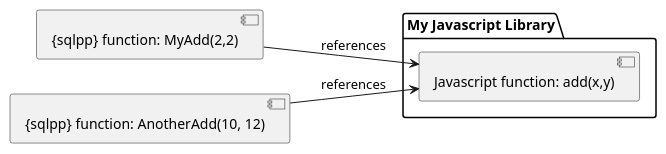
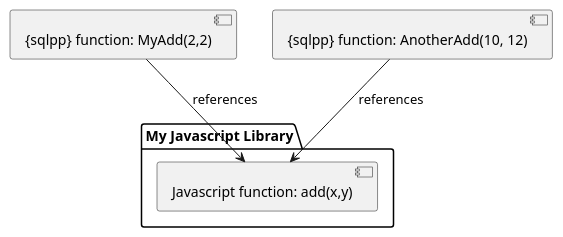
The first of 3 diagrams in modules/guides/partials/javascript-udfs/diagrams-plantuml.adoc (couchbase/docs-server), drawn with PlantUML before and after one commit. The commit also changed other lines of this file and 1 other file, not shown here.

Commit message:
Changing diagrams to a vertical layout.

```diff
--- a/modules/guides/partials/javascript-udfs/diagrams-plantuml.adoc
+++ b/modules/guides/partials/javascript-udfs/diagrams-plantuml.adoc
@@ -2,15 +2,13 @@
 [plantuml, subs="attributes"]
 ----
 @startuml
-
-left to right direction
 
 package "My Javascript Library" {
   [Javascript function: add(x,y)] as jsFunction
 }
 
 [{sqlpp} function: MyAdd(2,2)] --> jsFunction : references
 [{sqlpp} function: AnotherAdd(10, 12)] --> jsFunction : references
 
 @enduml
 ----
```
